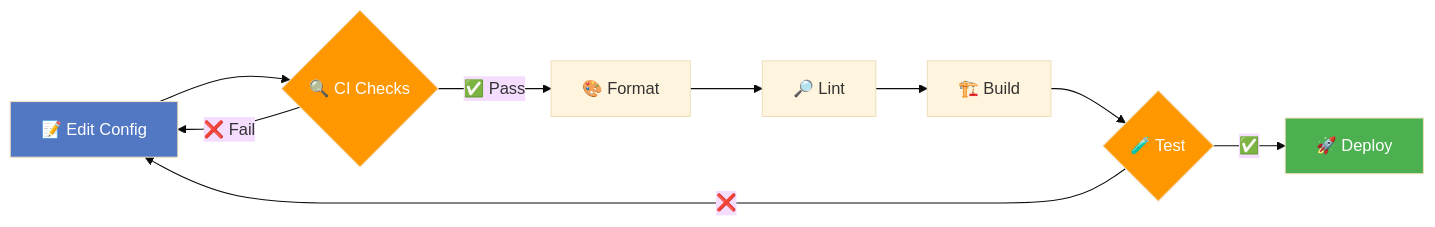
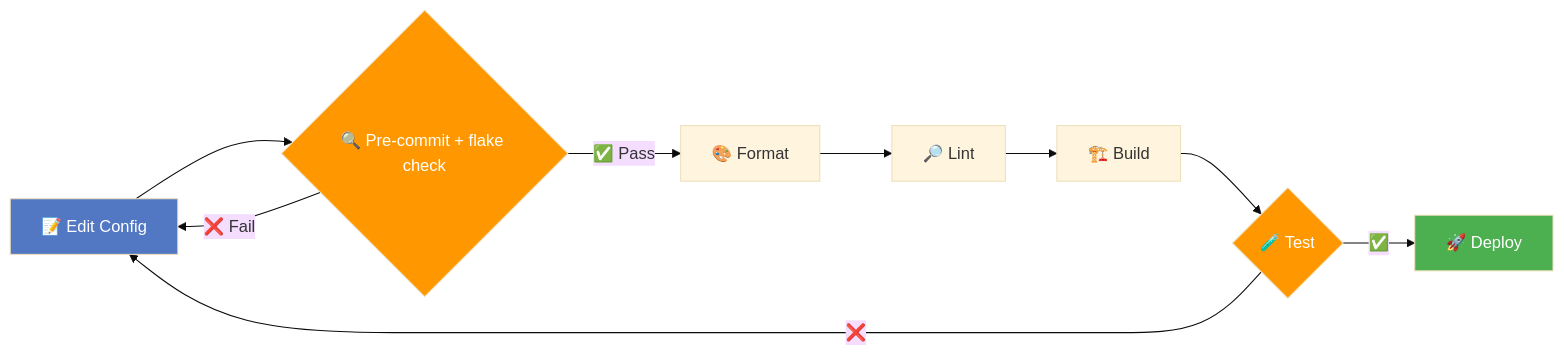
Before and after one commit to neg-serg/nixos-config: the second of 5 diagrams in README.md, drawn with Mermaid (base theme). The commit also changed other lines of this file, not shown here.

````diff
--- a/README.md
+++ b/README.md
@@ -150,16 +150,16 @@
 ```mermaid
 flowchart LR
-    A[📝 Edit Config] --> B{🔍 CI Checks}
+    A[📝 Edit Config] --> B{🔍 Pre-commit + flake check}
     B -->|✅ Pass| C[🎨 Format]
     B -->|❌ Fail| A
     C --> D[🔎 Lint]
     D --> E[🏗️ Build]
     E --> F{🧪 Test}
     F -->|✅| G[🚀 Deploy]
     F -->|❌| A
     
     style A fill:#5277C3,color:#fff
     style G fill:#4CAF50,color:#fff
     style B fill:#FF9800,color:#fff
     style F fill:#FF9800,color:#fff
 ```
````
